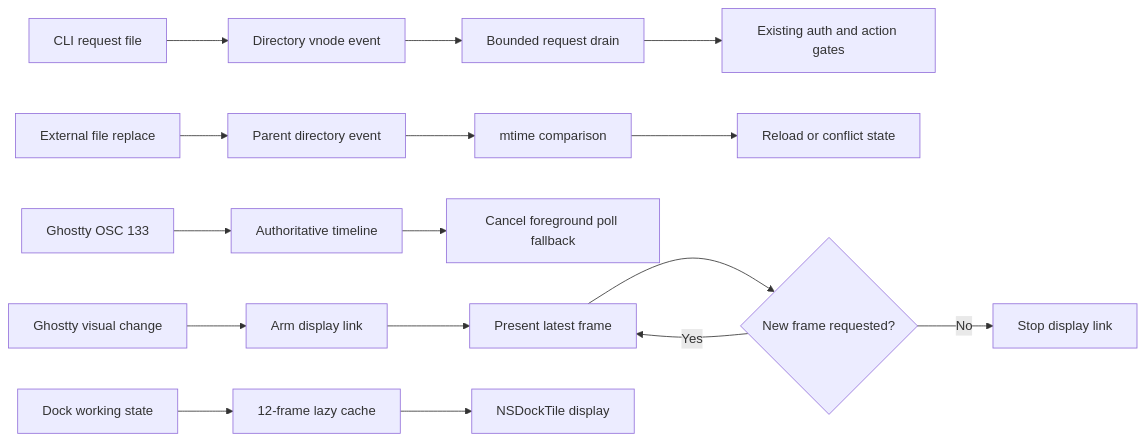
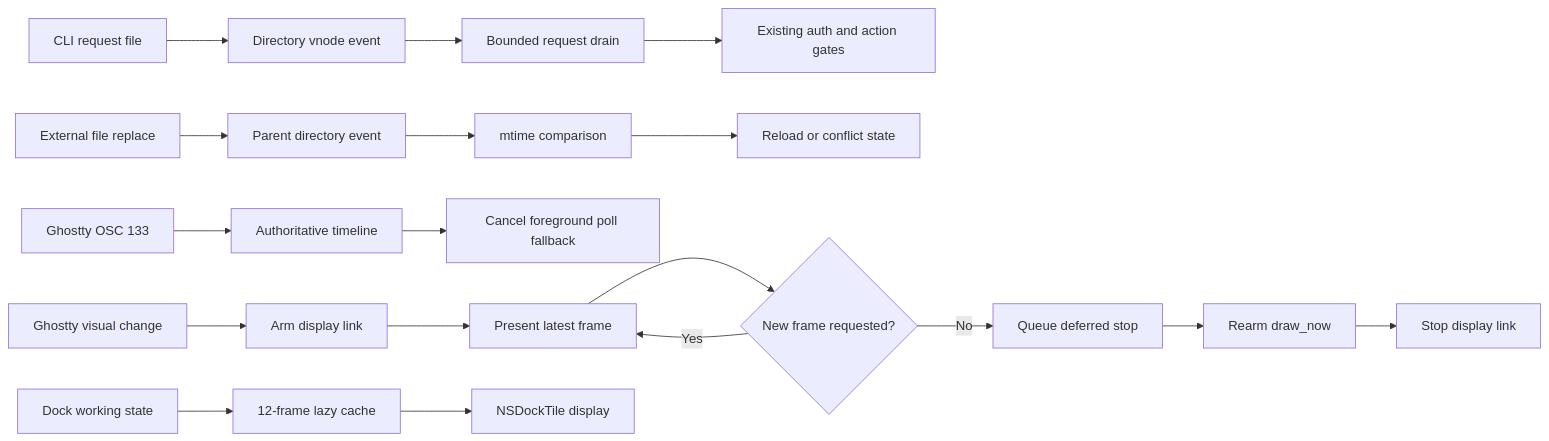
The diagram in docs/developer/energy-efficiency.md (rambocode/aster), drawn with Mermaid before and after one commit. The commit also changed other lines of this file and 4 other files, not shown here.

First line of the commit message:
fix(terminal): defer idle display link shutdown

````diff
--- a/docs/developer/energy-efficiency.md
+++ b/docs/developer/energy-efficiency.md
@@ -41,18 +42,20 @@
 ```mermaid
 flowchart LR
   A[CLI request file] --> B[Directory vnode event]
   B --> C[Bounded request drain]
   C --> D[Existing auth and action gates]
   E[External file replace] --> F[Parent directory event]
   F --> G[mtime comparison]
   G --> H[Reload or conflict state]
   I[Ghostty OSC 133] --> J[Authoritative timeline]
   J --> K[Cancel foreground poll fallback]
   O[Ghostty visual change] --> P[Arm display link]
   P --> Q[Present latest frame]
   Q --> R{New frame requested?}
   R -->|Yes| Q
-  R -->|No| S[Stop display link]
+  R -->|No| S[Queue deferred stop]
+  S --> T[Rearm draw_now]
+  T --> U[Stop display link]
   L[Dock working state] --> M[12-frame lazy cache]
   M --> N[NSDockTile display]
 ```
````
